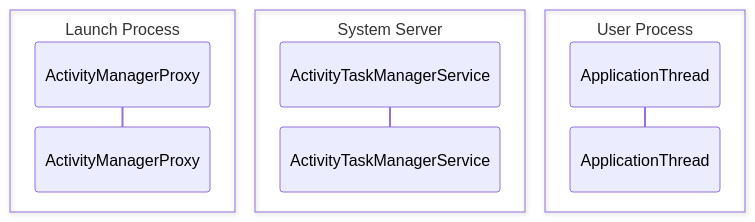
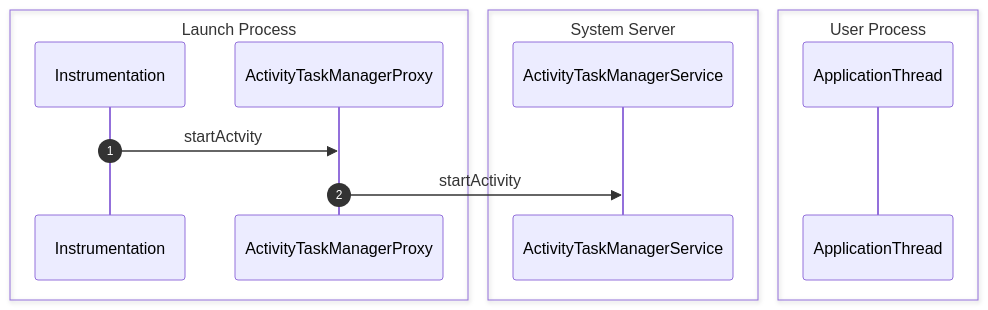
The second of 2 diagrams in _posts/2025-6-20-activity_launch.md (braisedp/braisedp.github.io), drawn with Mermaid before and after one commit. The commit also changed other lines of this file and 2 other files, not shown here.

````diff
--- a/_posts/2025-6-20-activity_launch.md
+++ b/_posts/2025-6-20-activity_launch.md
@@ -1137,16 +1137,20 @@
 ```mermaid
 sequenceDiagram
+autoNumber
 
 box Launch Process
-    participant ActivityManagerProxy
+    participant Instrumentation
+    participant ActivityTaskManagerProxy
 end
 box System Server
     participant ActivityTaskManagerService
 end
 
 box User Process
     participant ApplicationThread
 
-    
 end
+
+Instrumentation ->> ActivityTaskManagerProxy: startActvity
+ActivityTaskManagerProxy ->> ActivityTaskManagerService: startActivity
 ```
````
